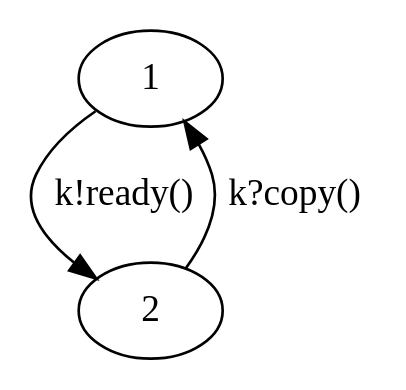
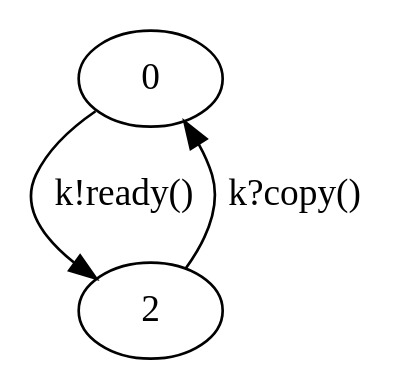
Before and after one commit to zakcutner/rumpsteak: the diagram in examples/Running examples/double-buffering/t_expected.dot, drawn with Graphviz. The commit also changed 2 other files, not shown here.

```diff
--- a/examples/Running examples/double-buffering/t_expected.dot
+++ b/examples/Running examples/double-buffering/t_expected.dot
@@ -1,9 +1,9 @@
 digraph t {
-  1;
+  0;
   2;
   
   
-  1 -> 2 [label="k!ready()", ];
-  2 -> 1 [label="k?copy()", ];
+  0 -> 2 [label="k!ready()", ];
+  2 -> 0 [label="k?copy()", ];
   
   }
```
